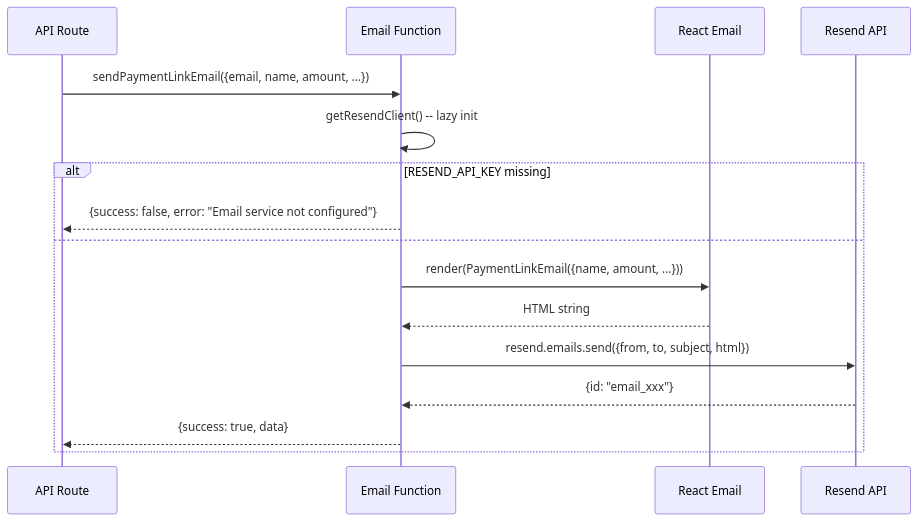
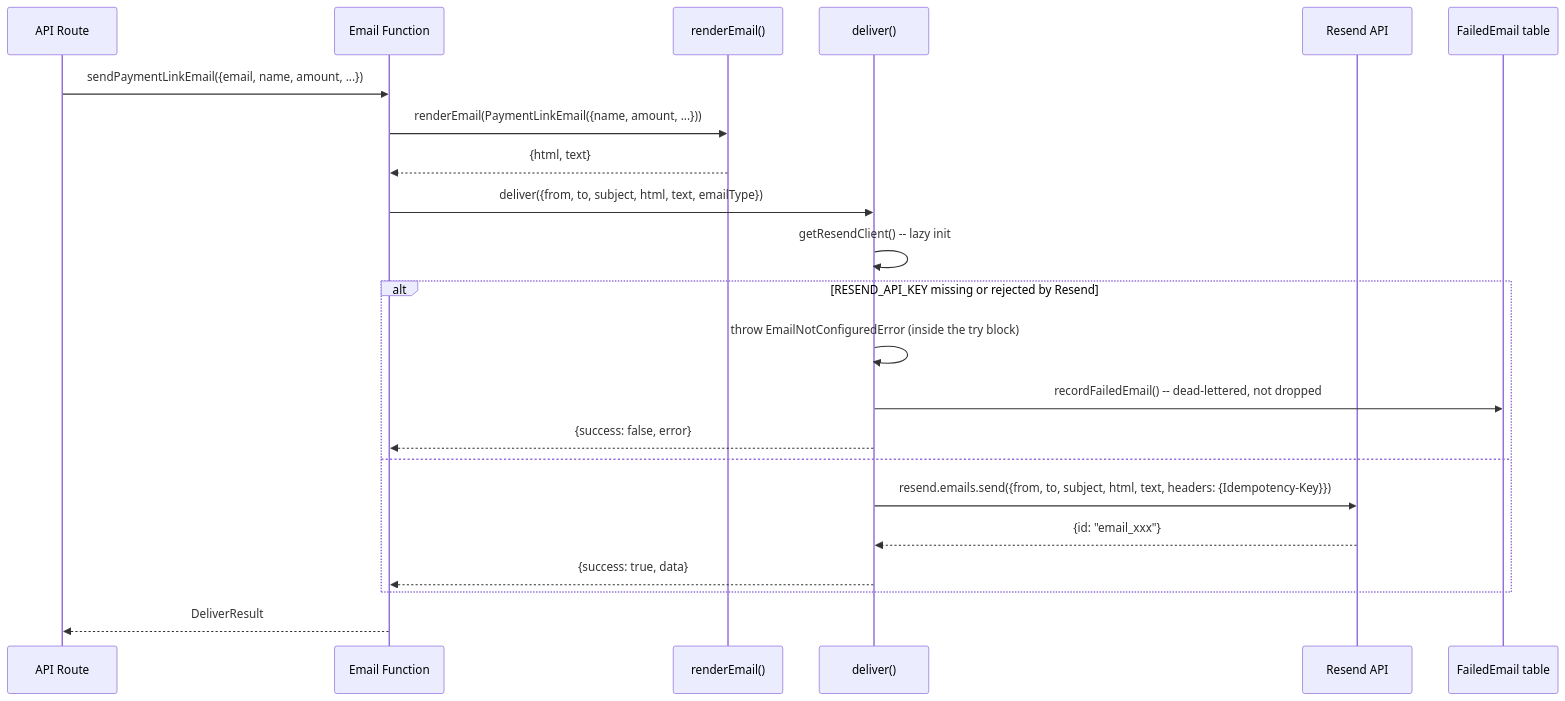
The second of 6 diagrams in docs/notifications/01-architecture.md (Practitionist/familiarise_web), drawn with Mermaid before and after one commit. The commit also changed other lines of this file and 20 other files, not shown here.

Commit message:
docs(email): sending-domain decision, lib/email module map, runbook for the key rotation (#1298)

````diff
--- a/docs/notifications/01-architecture.md
+++ b/docs/notifications/01-architecture.md
@@ -72,19 +83,25 @@
 ```mermaid
 sequenceDiagram
     participant API as API Route
     participant Fn as Email Function
-    participant RE as React Email
+    participant RE as renderEmail()
+    participant DL as deliver()
     participant RS as Resend API
+    participant FE as FailedEmail table
 
     API->>Fn: sendPaymentLinkEmail({email, name, amount, ...})
-    Fn->>Fn: getResendClient() -- lazy init
-    alt RESEND_API_KEY missing
-        Fn-->>API: {success: false, error: "Email service not configured"}
+    Fn->>RE: renderEmail(PaymentLinkEmail({name, amount, ...}))
+    RE-->>Fn: {html, text}
+    Fn->>DL: deliver({from, to, subject, html, text, emailType})
+    DL->>DL: getResendClient() -- lazy init
+    alt RESEND_API_KEY missing or rejected by Resend
+        DL->>DL: throw EmailNotConfiguredError (inside the try block)
+        DL->>FE: recordFailedEmail() -- dead-lettered, not dropped
+        DL-->>Fn: {success: false, error}
     else
-        Fn->>RE: render(PaymentLinkEmail({name, amount, ...}))
-        RE-->>Fn: HTML string
-        Fn->>RS: resend.emails.send({from, to, subject, html})
-        RS-->>Fn: {id: "email_xxx"}
-        Fn-->>API: {success: true, data}
+        DL->>RS: resend.emails.send({from, to, subject, html, text, headers: {Idempotency-Key}})
+        RS-->>DL: {id: "email_xxx"}
+        DL-->>Fn: {success: true, data}
     end
+    Fn-->>API: DeliverResult
 ```
````
